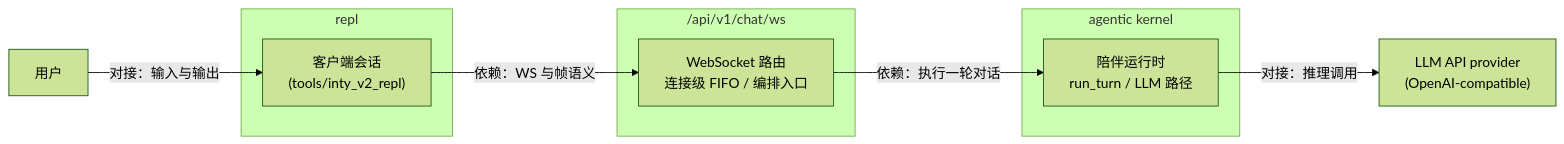
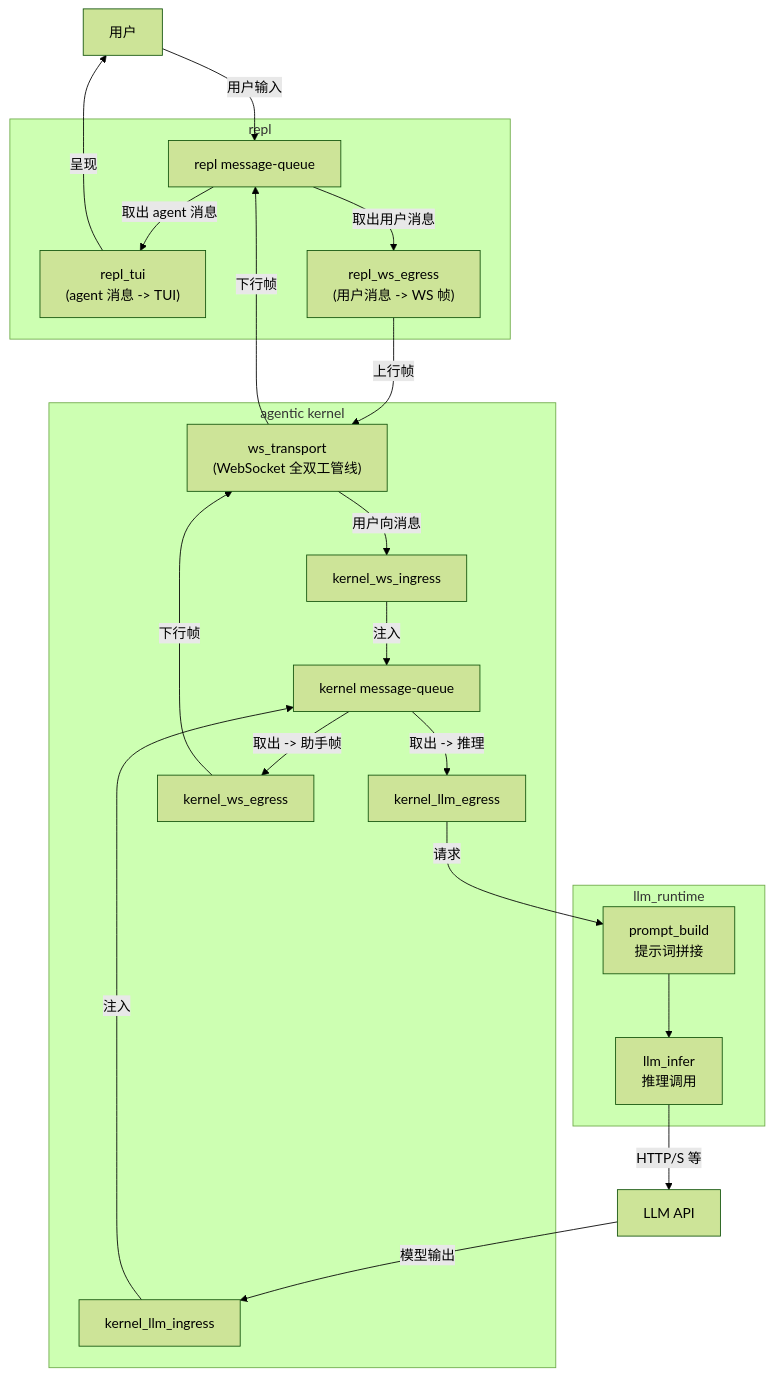
One commit to NascentCore/inty changed the first of 2 diagrams in docs/imate/ARCH.md. Above: the diagram before and after it, drawn with Mermaid (forest theme). The commit also changed other lines of this file, not shown here.

First line of the commit message:
docs(imate): ARCH dependency diagram docking layers (#2899)

````diff
--- a/docs/imate/ARCH.md
+++ b/docs/imate/ARCH.md
@@ -21,19 +42,44 @@
 ```mermaid
-flowchart LR
+flowchart TB
   User["用户"]
+
   subgraph repl["repl"]
-    R["客户端会话\n(tools/inty_v2_repl)"]
+    RMQ["repl message-queue"]
+    ReplTui["repl_tui\n(agent 消息 -> TUI)"]
+    ReplWsOut["repl_ws_egress\n(用户消息 -> WS 帧)"]
+    RMQ -->|"取出 agent 消息"| ReplTui
+    RMQ -->|"取出用户消息"| ReplWsOut
   end
-  subgraph ChatWs["/api/v1/chat/ws"]
-    W["WebSocket 路由\n连接级 FIFO / 编排入口"]
+
+  User -->|"用户输入"| RMQ
+  ReplTui -->|"呈现"| User
+
+  WST["ws_transport\n(WebSocket 全双工管线)"]
+
+  ReplWsOut -->|"上行帧"| WST
+  WST -->|"下行帧"| RMQ
+
+  subgraph kernel["agentic kernel"]
+    KMQ["kernel message-queue"]
+    KwIn["kernel_ws_ingress"]
+    KlIn["kernel_llm_ingress"]
+    KlOut["kernel_llm_egress"]
+    KwOut["kernel_ws_egress"]
+    WST -->|"用户向消息"| KwIn
+    KwIn -->|"注入"| KMQ
+    KlIn -->|"注入"| KMQ
+    KMQ -->|"取出 -> 推理"| KlOut
+    KMQ -->|"取出 -> 助手帧"| KwOut
+    KwOut -->|"下行帧"| WST
   end
-  subgraph Kernel["agentic kernel"]
-    K["陪伴运行时\nrun_turn / LLM 路径"]
+
+  subgraph llm_rt["llm_runtime"]
+    Prompt["prompt_build\n提示词拼接"]
+    Infer["llm_infer\n推理调用"]
+    Prompt --> Infer
   end
-  LLM["LLM API provider\n(OpenAI-compatible)"]
 
-  User -->|对接：输入与输出| R
-  R -->|依赖：WS 与帧语义| W
-  W -->|依赖：执行一轮对话| K
-  K -->|对接：推理调用| LLM
+  KlOut -->|"请求"| Prompt
+  Infer -->|"HTTP/S 等"| LLM["LLM API"]
+  LLM -->|"模型输出"| KlIn
 ```
````
